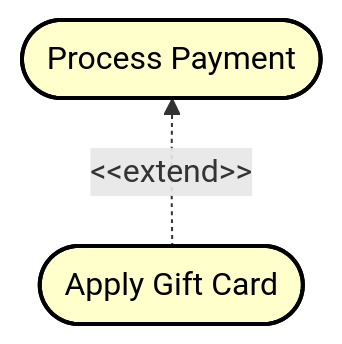
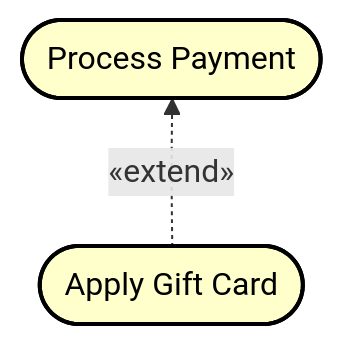
The first of 5 diagrams in Articles/SEP1/Use case diagrams/007 Extend.md (TroelsMortensen/Codelabs2), drawn with Mermaid before and after one commit. The commit also changed other lines of this file and 4 other files, not shown here.

````diff
--- a/Articles/SEP1/Use case diagrams/007 Extend.md
+++ b/Articles/SEP1/Use case diagrams/007 Extend.md
@@ -28,10 +28,10 @@
 ```mermaid
 graph BT
     UC1([<font color=black>Apply Gift Card])
     UC2([<font color=black>Process Payment])
     
-    UC1 -.->|&lt;&lt;extend&gt;&gt;| UC2
+    UC1 -.->|«extend»| UC2
     
     style UC1 fill:#ffffcc,stroke:#000,stroke-width:2px
     style UC2 fill:#ffffcc,stroke:#000,stroke-width:2px
 ```
````
